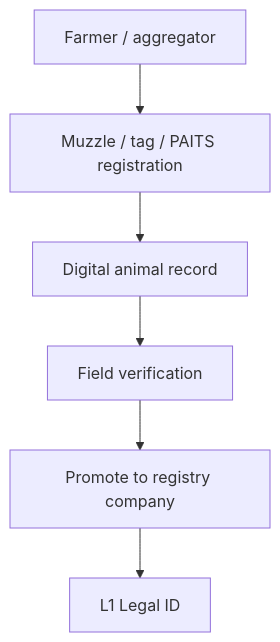
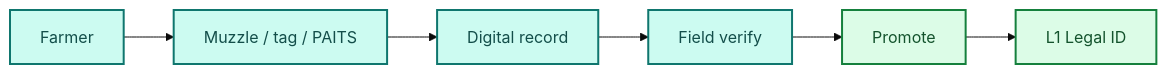
The diagram in 03-field-identity.md (AmmarJamshed/livestock-smart-asset-stack-whitepaper), drawn with Mermaid before and after one commit. The commit also changed other lines of this file and 13 other files, not shown here.

Commit message:
style: colourful GitBook theme, hints, and diagram polish

````diff
--- a/03-field-identity.md
+++ b/03-field-identity.md
@@ -11,8 +11,13 @@
 ```mermaid
-flowchart TB
-  F[Farmer / aggregator] --> SCAN[Muzzle / tag / PAITS registration]
-  SCAN --> PASS[Digital animal record]
-  PASS --> VERIFY[Field verification]
-  VERIFY --> PROMOTE[Promote to registry company]
+%%{init: {'theme':'base'}}%%
+flowchart LR
+  F[Farmer] --> SCAN[Muzzle / tag / PAITS]
+  SCAN --> PASS[Digital record]
+  PASS --> VERIFY[Field verify]
+  VERIFY --> PROMOTE[Promote]
   PROMOTE --> L1[L1 Legal ID]
+  classDef teal fill:#CCFBF1,stroke:#0F766E,color:#134E4A,stroke-width:2px
+  classDef green fill:#DCFCE7,stroke:#15803D,color:#14532D,stroke-width:2px
+  class F,SCAN,PASS,VERIFY teal
+  class PROMOTE,L1 green
 ```
````
